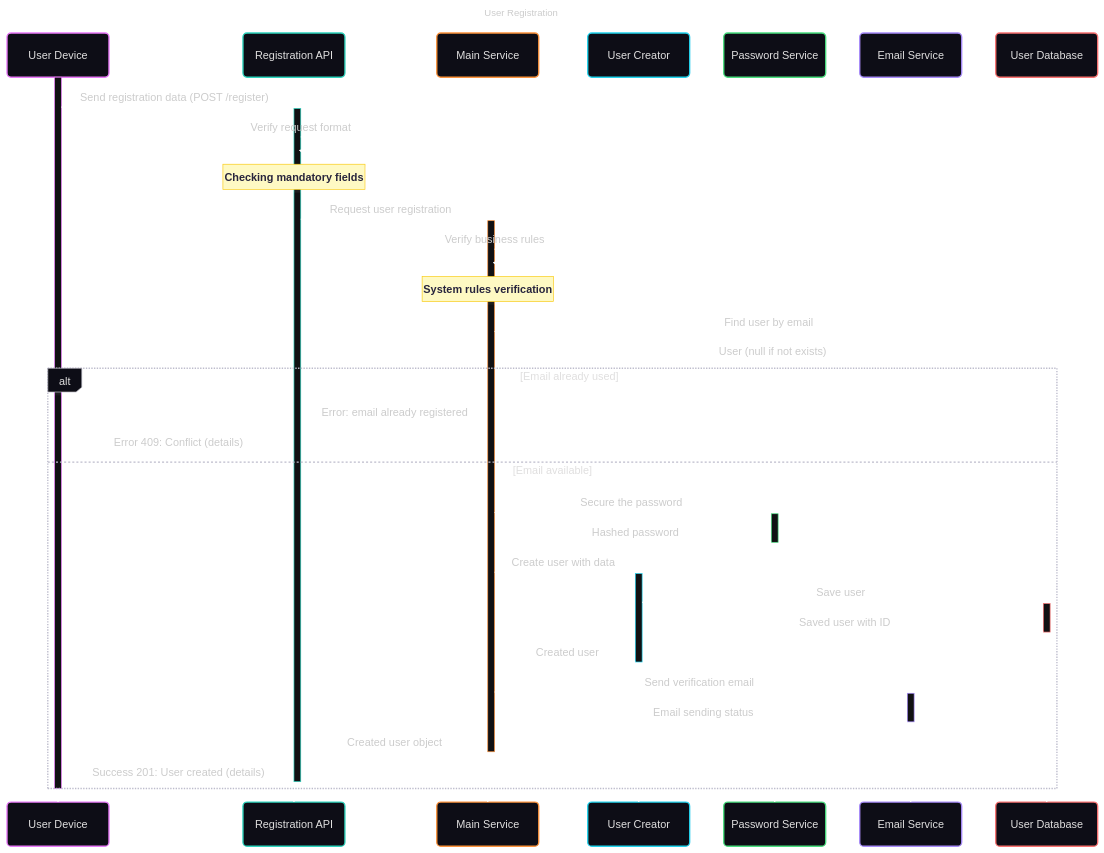
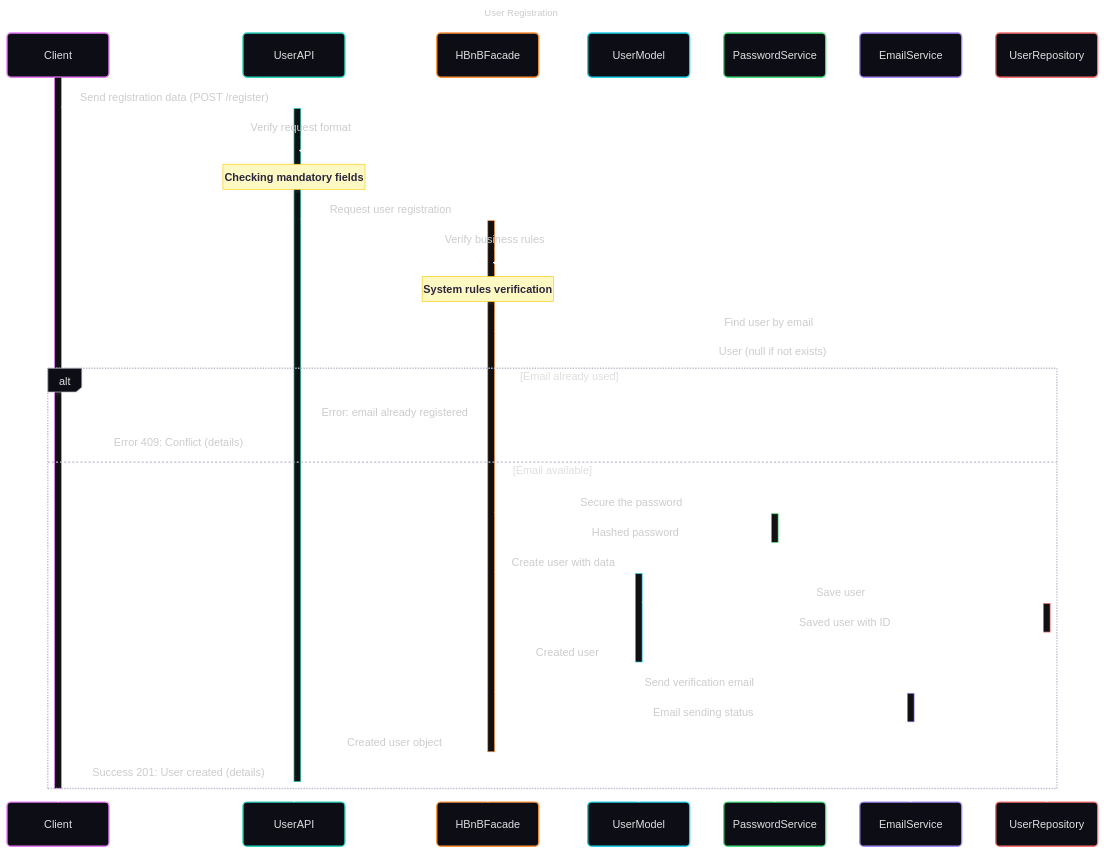
Before and after one commit to Steph974-Git/holbertonschool-hbnb: the third of 4 diagrams in README.md, drawn with Mermaid. The commit also changed other lines of this file, not shown here.

Commit message:
Refactor sequence diagrams for user registration and place creation: removed aliasing for participants to enhance clarity.

````diff
--- a/README.md
+++ b/README.md
@@ -256,43 +256,43 @@
 ```mermaid
 ---
 config:
   theme: redux-dark-color
   look: neo
 title: User Registration
 ---
 sequenceDiagram
-    participant Client as User Device
-    participant UserAPI as Registration API
-    participant HBnBFacade as Main Service
-    participant UserModel as User Creator
-    participant PasswordService as Password Service
-    participant EmailService as Email Service
-    participant UserRepository as User Database
+    participant Client
+    participant UserAPI
+    participant HBnBFacade
+    participant UserModel
+    participant PasswordService
+    participant EmailService
+    participant UserRepository
     activate Client
     Client->>+UserAPI: Send registration data (POST /register)
     activate UserAPI
     UserAPI->>UserAPI: Verify request format
     Note over UserAPI: Checking mandatory fields
     UserAPI->>+HBnBFacade: Request user registration
     activate HBnBFacade
     HBnBFacade->>HBnBFacade: Verify business rules
     Note over HBnBFacade: System rules verification
     HBnBFacade->>UserRepository: Find user by email
     UserRepository-->>HBnBFacade: User (null if not exists)
     alt Email already used
         HBnBFacade-->>UserAPI: Error: email already registered
         UserAPI-->>Client: Error 409: Conflict (details)
     else Email available
         HBnBFacade->>+PasswordService: Secure the password
         PasswordService-->>-HBnBFacade: Hashed password
         HBnBFacade->>+UserModel: Create user with data
         UserModel->>+UserRepository: Save user
         UserRepository-->>-UserModel: Saved user with ID
         UserModel-->>-HBnBFacade: Created user
         HBnBFacade->>+EmailService: Send verification email
         EmailService-->>-HBnBFacade: Email sending status
         HBnBFacade-->>-UserAPI: Created user object
         UserAPI-->>-Client: Success 201: User created (details)
     end
     deactivate Client
 ```
````
